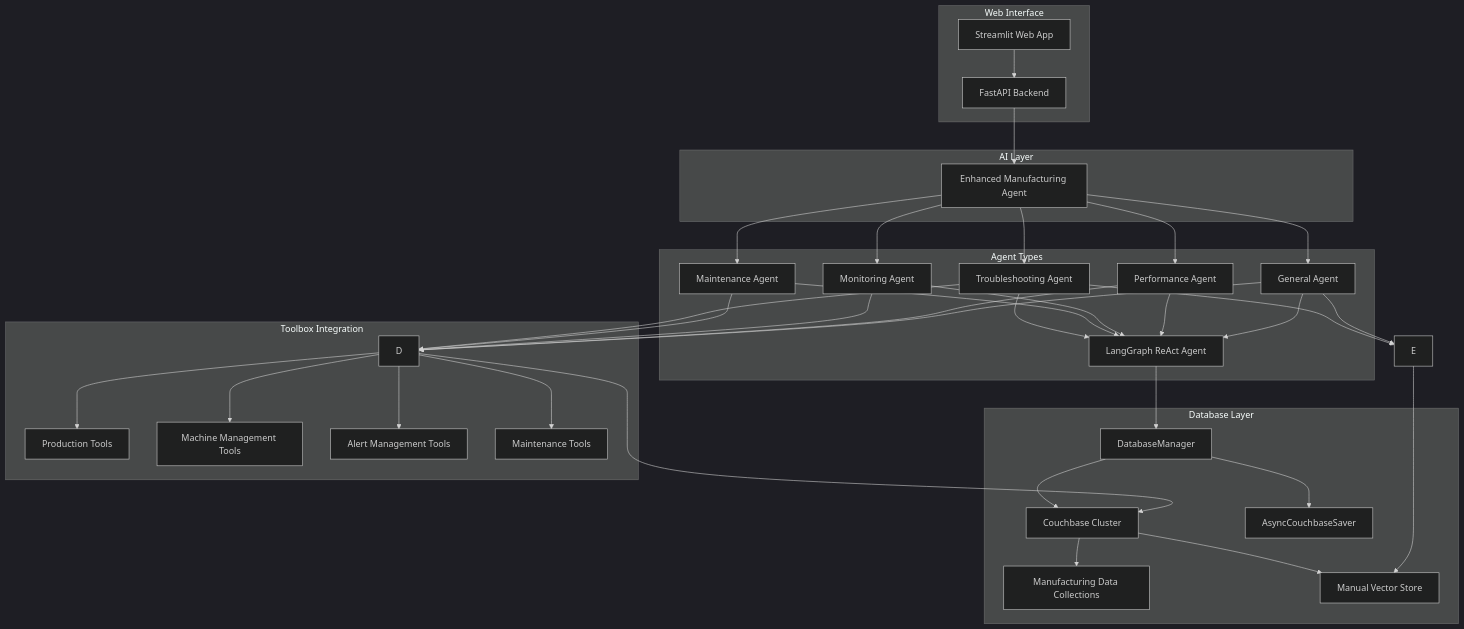
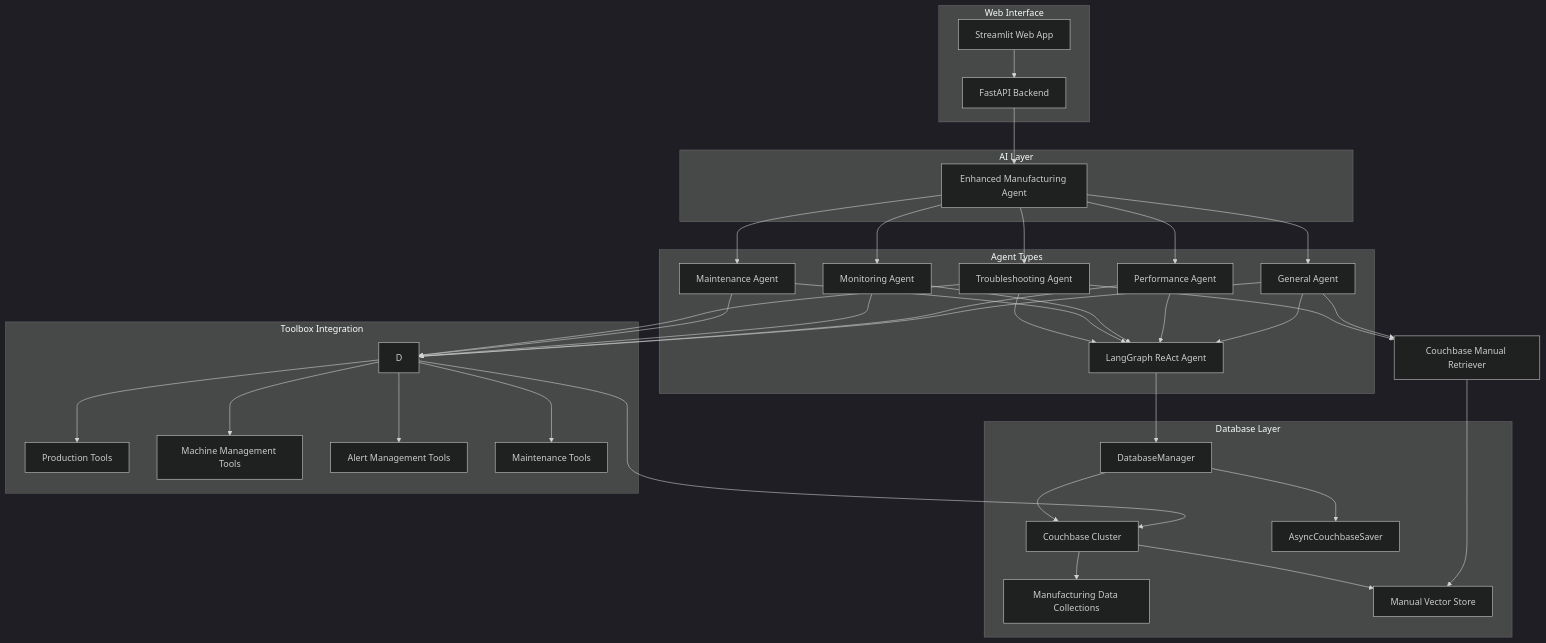
Before and after one commit to couchbase-examples/couchbase-google-mcp-toolbox-demo: the first of 2 diagrams in README.md, drawn with Mermaid (dark theme).

````diff
--- a/README.md
+++ b/README.md
@@ -20,52 +20,52 @@
 ```mermaid
 graph TB
     subgraph "Web Interface"
         A[Streamlit Web App] --> B[FastAPI Backend]
     end
     
     subgraph "AI Layer"
         B --> C[Enhanced Manufacturing Agent]
     end
     
     subgraph "Agent Types"
         F[Troubleshooting Agent] --> G[LangGraph ReAct Agent]
         H[Maintenance Agent] --> G
         I[Monitoring Agent] --> G
         J[Performance Agent] --> G
         K[General Agent] --> G
     end
     
     subgraph "Database Layer"
         L[DatabaseManager] --> M[Couchbase Cluster]
         L --> N[AsyncCouchbaseSaver]
         M --> O[Manufacturing Data Collections]
         M --> P[Manual Vector Store]
     end
     
     subgraph "Toolbox Integration"
         D --> Q[Production Tools]
         D --> R[Machine Management Tools]
         D --> S[Alert Management Tools]
         D --> T[Maintenance Tools]
     end
     
     C --> F
     C --> H
     C --> I
     C --> J
     C --> K
     G --> L
-    E --> P
+    E[Couchbase Manual Retriever] --> P
     D --> M
 
     %% Agents access toolsets via MCP server
     F --> D
     H --> D
     I --> D
     J --> D
     K --> D
 
     %% Manual search available only to troubleshooting and general agents
     F --> E
     K --> E
 ```
````
